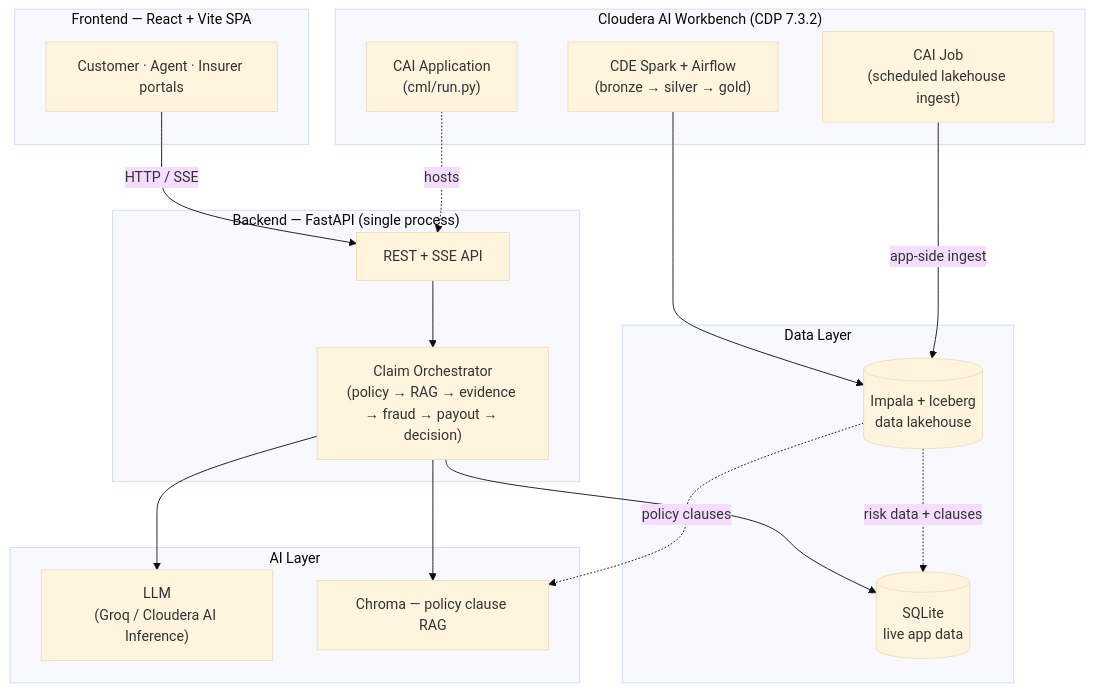
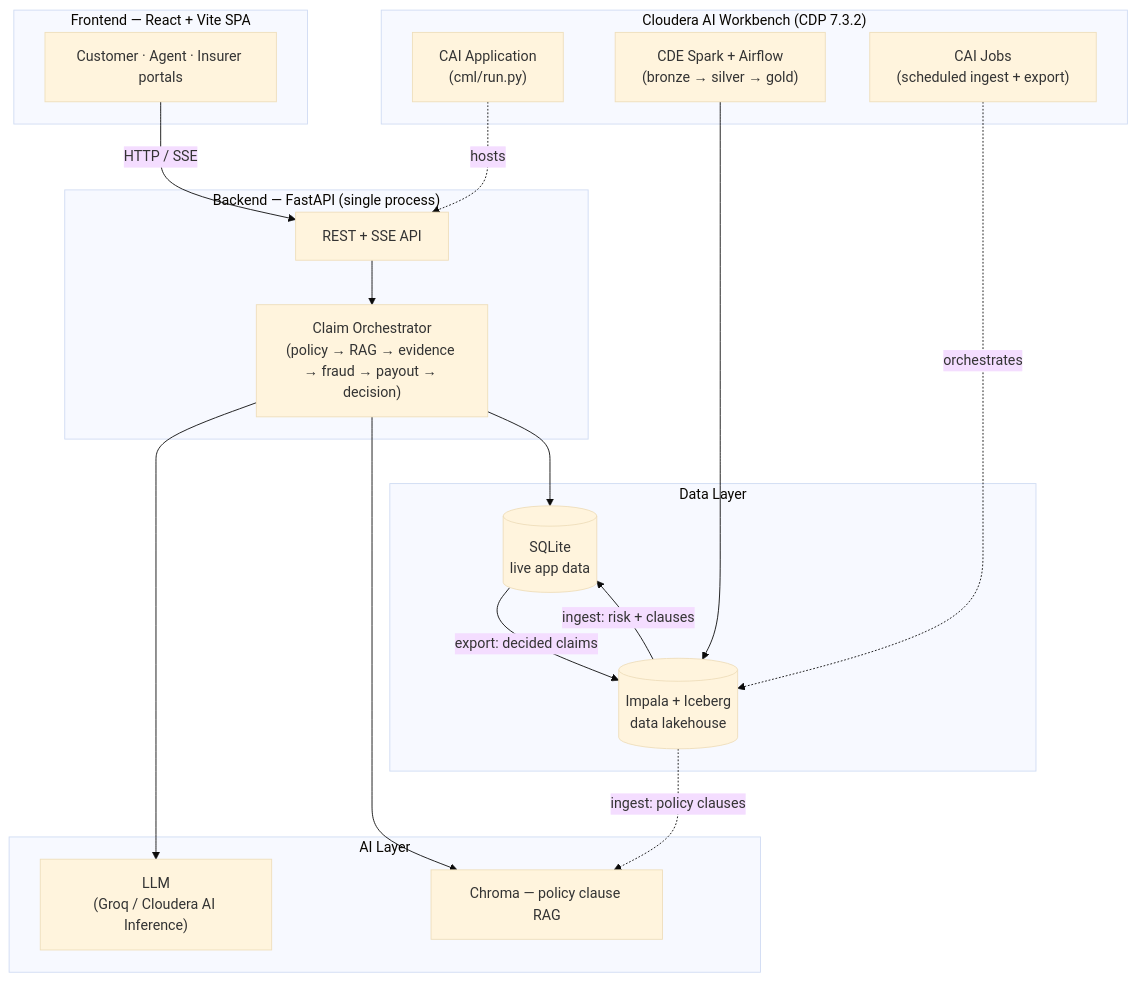
One commit to partomia/insurance-claim-approval changed the diagram in README.md. Above: the diagram before and after it, drawn with Mermaid (base theme). The commit also changed other lines of this file and 9 other files, not shown here.

````diff
--- a/README.md
+++ b/README.md
@@ -9,38 +9,39 @@
 ```mermaid
 flowchart TB
     subgraph L1["Frontend — React + Vite SPA"]
         UI["Customer · Agent · Insurer portals"]
     end
 
     subgraph L2["Backend — FastAPI (single process)"]
         API["REST + SSE API"]
         Pipeline["Claim Orchestrator\n(policy → RAG → evidence → fraud → payout → decision)"]
     end
 
     subgraph L3["AI Layer"]
         LLM["LLM\n(Groq / Cloudera AI Inference)"]
         RAG["Chroma — policy clause RAG"]
     end
 
     subgraph L4["Data Layer"]
         OLTP[("SQLite\nlive app data")]
         Lake[("Impala + Iceberg\ndata lakehouse")]
     end
 
     subgraph L5["Cloudera AI Workbench (CDP 7.3.2)"]
         App["CAI Application\n(cml/run.py)"]
         CDE["CDE Spark + Airflow\n(bronze → silver → gold)"]
-        Job["CAI Job\n(scheduled lakehouse ingest)"]
+        Job["CAI Jobs\n(scheduled ingest + export)"]
     end
 
     UI -->|HTTP / SSE| API
     API --> Pipeline
     Pipeline --> LLM
     Pipeline --> RAG
     Pipeline --> OLTP
     App -.->|hosts| API
     CDE --> Lake
-    Job -->|app-side ingest| Lake
-    Lake -.->|risk data + clauses| OLTP
-    Lake -.->|policy clauses| RAG
+    Job -.->|orchestrates| Lake
+    Lake -->|ingest: risk + clauses| OLTP
+    Lake -.->|ingest: policy clauses| RAG
+    OLTP -->|export: decided claims| Lake
 ```
````
